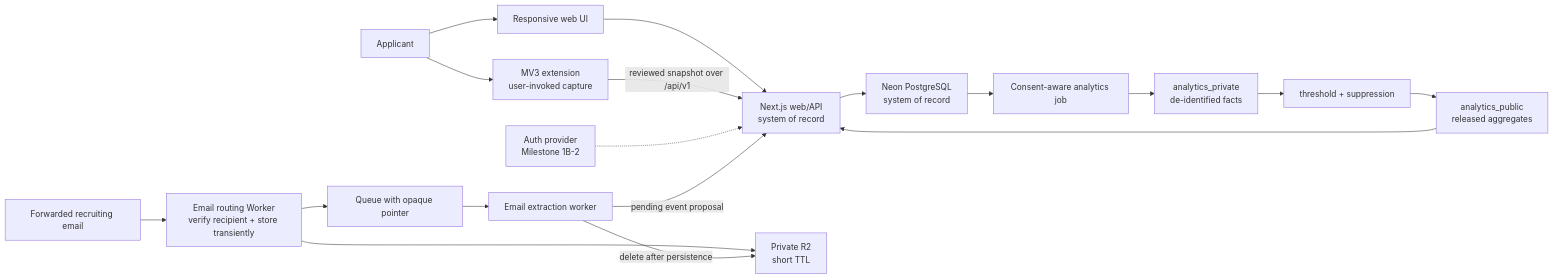
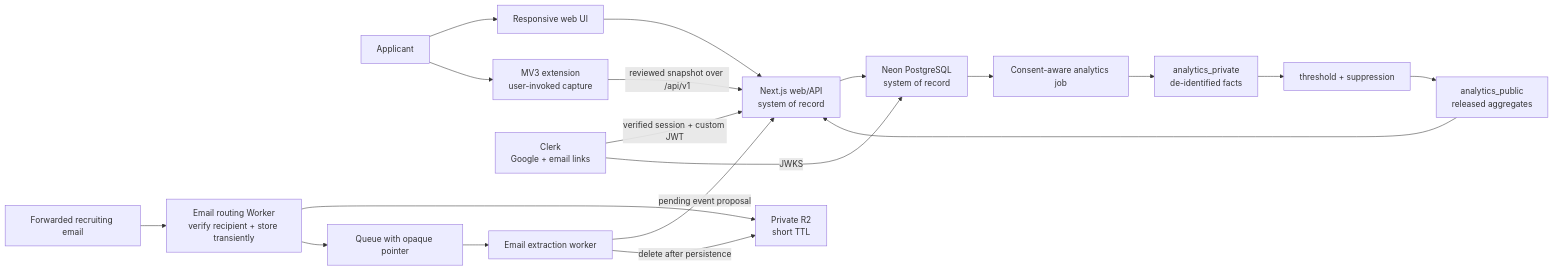
Before and after one commit to aaravrshah/wip: the diagram in docs/architecture.md, drawn with Mermaid. The commit also changed other lines of this file and 39 other files, not shown here.

````diff
--- a/docs/architecture.md
+++ b/docs/architecture.md
@@ -22,22 +22,23 @@
 ```mermaid
 flowchart LR
     User["Applicant"] --> WebUI["Responsive web UI"]
     User --> Extension["MV3 extension\nuser-invoked capture"]
     WebUI --> WebAPI["Next.js web/API\nsystem of record"]
     Extension -->|"reviewed snapshot over /api/v1"| WebAPI
     WebAPI --> DB["Neon PostgreSQL\nsystem of record"]
-    Auth["Auth provider\nMilestone 1B-2"] -.-> WebAPI
+    Auth["Clerk\nGoogle + email links"] -->|"verified session + custom JWT"| WebAPI
+    Auth -->|"JWKS"| DB
 
     Mail["Forwarded recruiting email"] --> EmailWorker["Email routing Worker\nverify recipient + store transiently"]
     EmailWorker --> Raw["Private R2\nshort TTL"]
     EmailWorker --> Queue["Queue with opaque pointer"]
     Queue --> Extractor["Email extraction worker"]
     Extractor -->|"pending event proposal"| WebAPI
     Extractor -->|"delete after persistence"| Raw
 
     DB --> Deriver["Consent-aware analytics job"]
     Deriver --> PrivateFacts["analytics_private\nde-identified facts"]
     PrivateFacts --> Suppressor["threshold + suppression"]
     Suppressor --> PublicStats["analytics_public\nreleased aggregates"]
     PublicStats --> WebAPI
 ```
````
